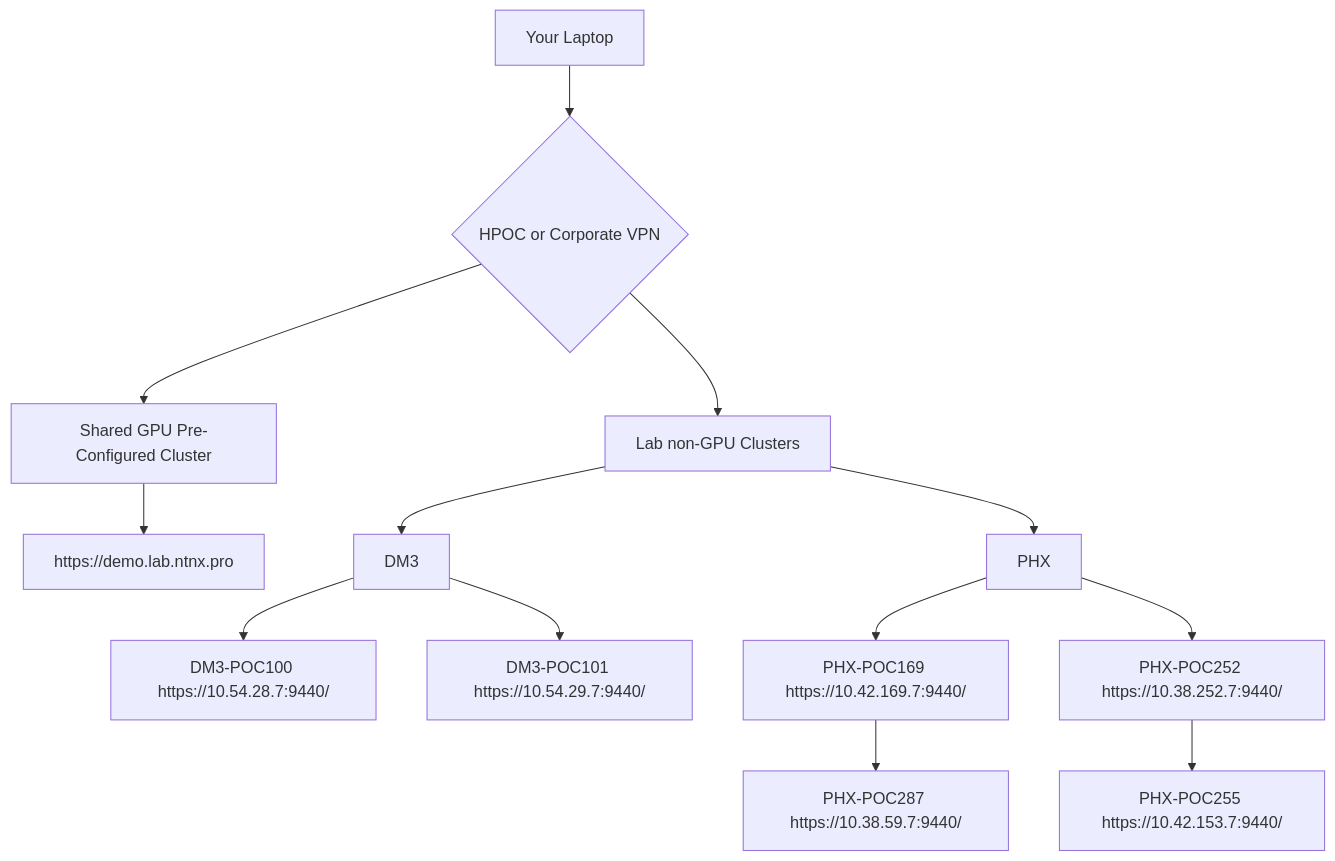
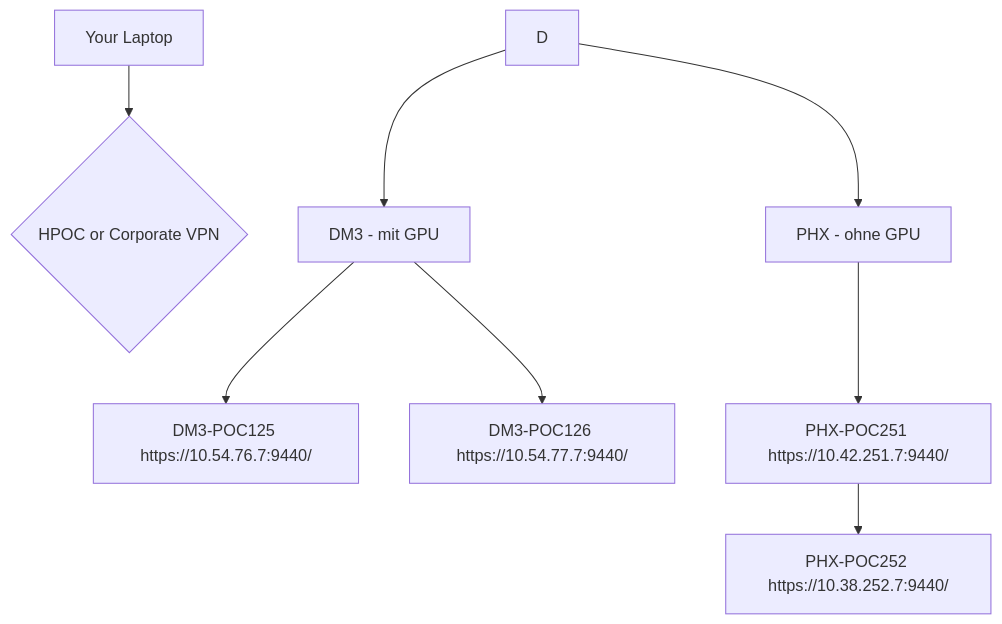
The diagram in HPOC.md (ntnxandy/ntnxandy.github.io), drawn with Mermaid before and after one commit.

````diff
--- a/HPOC.md
+++ b/HPOC.md
@@ -4,15 +4,11 @@
 ```mermaid
 graph TD
     A[Your Laptop] --> B{HPOC or Corporate VPN};
-    B --> C[Shared GPU Pre-Configured Cluster];
-    B --> D[Lab non-GPU Clusters];
-    C --> F[https://demo.lab.ntnx.pro]
-    D --> G[DM3]
-    G --> H[DM3-POC100 https://10.54.28.7:9440/]
-    G --> I[DM3-POC101 https://10.54.29.7:9440/]
-    D --> J[PHX]
-    J --> K[PHX-POC169 https://10.42.169.7:9440/]
-    K --> L[PHX-POC287 https://10.38.59.7:9440/]
-    J --> M[PHX-POC252 https://10.38.252.7:9440/]
-    M --> N[PHX-POC255 https://10.42.153.7:9440/]
+    D --> G[DM3 - mit GPU]
+    G --> H[DM3-POC125 https://10.54.76.7:9440/]
+    G --> I[DM3-POC126 https://10.54.77.7:9440/]
+    D --> J[PHX - ohne GPU]
+    J --> K[PHX-POC251 https://10.42.251.7:9440/]
+    K --> L[PHX-POC252 https://10.38.252.7:9440/]
+    
 ```
````
